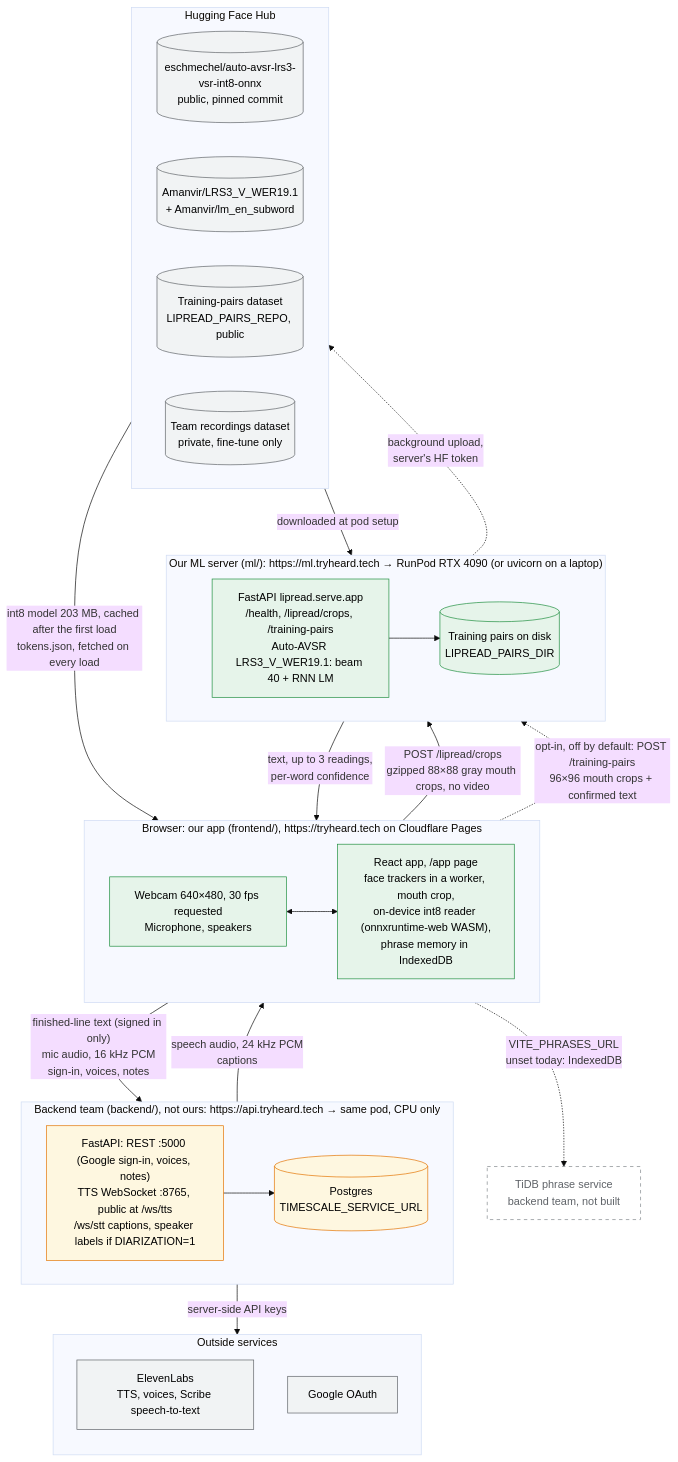
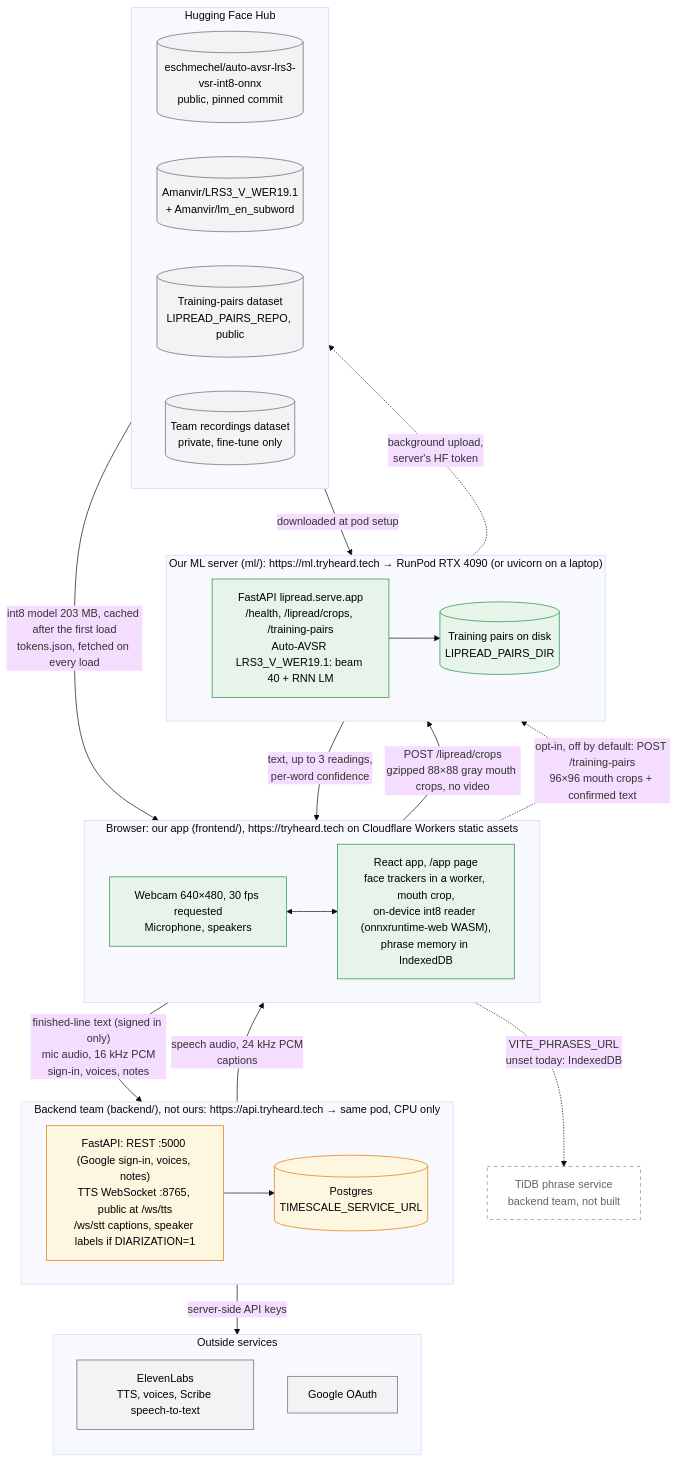
The diagram in docs/architecture/system.md (LMSAIH/stormhacks2026), drawn with Mermaid (base theme) before and after one commit. The commit also changed other lines of this file and 7 other files, not shown here.

````diff
--- a/docs/architecture/system.md
+++ b/docs/architecture/system.md
@@ -12,59 +12,59 @@
 ```mermaid
 flowchart TB
-  subgraph browser["Browser: our app (frontend/), https://tryheard.tech on Cloudflare Pages"]
+  subgraph browser["Browser: our app (frontend/), https://tryheard.tech on Cloudflare Workers static assets"]
     direction LR
     io["Webcam 640×480, 30 fps requested<br/>Microphone, speakers"]
     app["React app, /app page<br/>face trackers in a worker, mouth crop,<br/>on-device int8 reader (onnxruntime-web WASM),<br/>phrase memory in IndexedDB"]
     io <--> app
   end
 
   subgraph ml["Our ML server (ml/): https://ml.tryheard.tech → RunPod RTX 4090 (or uvicorn on a laptop)"]
     direction LR
     api["FastAPI lipread.serve.app<br/>/health, /lipread/crops, /training-pairs<br/>Auto-AVSR LRS3_V_WER19.1: beam 40 + RNN LM"]
     pairs[("Training pairs on disk<br/>LIPREAD_PAIRS_DIR")]
     api --> pairs
   end
 
   subgraph be["Backend team (backend/), not ours: https://api.tryheard.tech → same pod, CPU only"]
     direction LR
     backend["FastAPI: REST :5000 (Google sign-in, voices, notes)<br/>TTS WebSocket :8765, public at /ws/tts<br/>/ws/stt captions, speaker labels if DIARIZATION=1"]
     db[("Postgres<br/>TIMESCALE_SERVICE_URL")]
     backend --> db
   end
 
   subgraph hf["Hugging Face Hub"]
     direction LR
     model[("eschmechel/auto-avsr-lrs3-vsr-int8-onnx<br/>public, pinned commit")]
     ckpt[("Amanvir/LRS3_V_WER19.1<br/>+ Amanvir/lm_en_subword")]
     pairsds[("Training-pairs dataset<br/>LIPREAD_PAIRS_REPO, public")]
     recds[("Team recordings dataset<br/>private, fine-tune only")]
   end
 
   subgraph ext["Outside services"]
     direction TB
     el["ElevenLabs<br/>TTS, voices, Scribe speech-to-text"]
     google["Google OAuth"]
   end
 
   tidb["TiDB phrase service<br/>backend team, not built"]
 
   model -->|"int8 model 203 MB, cached after the first load<br/>tokens.json, fetched on every load"| app
   app -->|"POST /lipread/crops<br/>gzipped 88×88 gray mouth crops, no video"| api
   api -->|"text, up to 3 readings,<br/>per-word confidence"| app
   app -.->|"opt-in, off by default: POST /training-pairs<br/>96×96 mouth crops + confirmed text"| api
   pairs -.->|"background upload,<br/>server's HF token"| pairsds
   ckpt -->|"downloaded at pod setup"| api
   app -->|"finished-line text (signed in only)<br/>mic audio, 16 kHz PCM<br/>sign-in, voices, notes"| backend
   backend -->|"speech audio, 24 kHz PCM<br/>captions"| app
   backend -->|"server-side API keys"| ext
   app -.->|"VITE_PHRASES_URL<br/>unset today: IndexedDB"| tidb
 
   classDef ours fill:#e6f4ea,stroke:#1e8e3e,color:#000
   classDef backendteam fill:#fef7e0,stroke:#e37400,color:#000
   classDef outside fill:#f1f3f4,stroke:#5f6368,color:#000
   classDef planned fill:#ffffff,stroke:#80868b,stroke-dasharray:5 5,color:#5f6368
   class io,app,api,pairs ours
   class backend,db backendteam
   class el,google,model,ckpt,pairsds,recds outside
   class tidb planned
 ```
````
